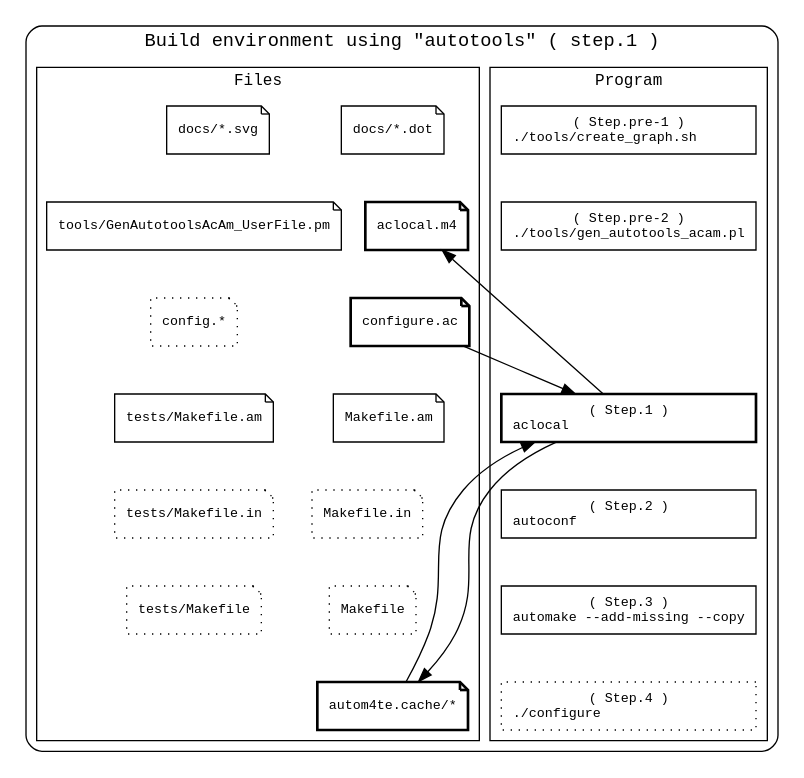
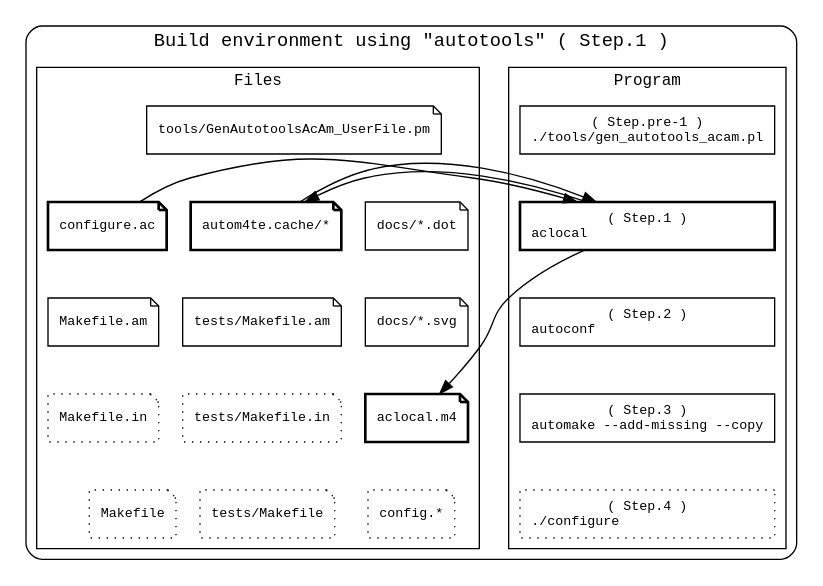
The diagram in docs/devel_step_1_1.dot (tomyama-code/tomyama_script_collection), drawn with Graphviz before and after one commit. The commit also changed 26 other files, not shown here.

```diff
--- a/docs/devel_step_1_1.dot
+++ b/docs/devel_step_1_1.dot
@@ -1,81 +1,86 @@
-// File: docs/devel_step_1_1.dot
+// File: docs/devel_step_0.dot
 // Author: tomyama
 // Purpose: Development workflow diagram
 
 digraph physical_directory_structure {
     newrank=true
     constraint=false
 
     // 全体に等幅フォントを適用
     //   ex) "monospace", "Courier", "Courier New", "Consolas", "Monaco"
     graph [fontname="monospace"]
     node  [fontname="monospace", fontsize=10, penwidth=1]
     edge  [fontname="monospace"]
 
     // 図全体を囲うクラスタ
     subgraph cluster_all {
 
-        label = "Build environment using \"autotools\" ( step.1 )"
+        label = "Build environment using \"autotools\" ( Step.1 )"
         style = "rounded"   // 角を丸くする
         color = "black"     // 枠線の色
         penwidth = 1        // 枠線の太さ
 
         // プログラム
         subgraph cluster_program {
             label = "Program"
             style = "solid"
             penwidth = 1        // 枠線の太さ
             fontsize=12
             {
                 edge [style=invis];
-                program01 -> program02 -> program99 -> program03 -> program04 -> program05 -> program06
+                program01 -> program02 -> program03 -> program04 -> program05
             }
-            program01 [shape=box, style=solid , label="( Step.pre-1 )\n./tools/create_graph.sh      "]
-            program02 [shape=box, style=solid , label="( Step.pre-2 )\n./tools/gen_autotools_acam.pl"]
-            program99 [shape=box, style=invis]
-            program03 [shape=box, style=solid , label="( Step.1 )\naclocal                      ", penwidth=2]
-            program04 [shape=box, style=solid , label="( Step.2 )\nautoconf                     "]
-            program05 [shape=box, style=solid , label="( Step.3 )\nautomake --add-missing --copy"]
-            program06 [shape=box, style=dotted, label="( Step.4 )\n./configure                  "]
+            program01 [shape=box, style=solid , label="( Step.pre-1 )\n./tools/gen_autotools_acam.pl"]
+            program02 [shape=box, style=solid , label="( Step.1 )\naclocal                      ", penwidth=2]
+            program03 [shape=box, style=solid , label="( Step.2 )\nautoconf                     "]
+            program04 [shape=box, style=solid , label="( Step.3 )\nautomake --add-missing --copy"]
+            program05 [shape=box, style=dotted, label="( Step.4 )\n./configure                  "]
         }
 
         // ファイル
         subgraph cluster_file {
             label = "Files"
             style = "solid"
             penwidth = 1        // 枠線の太さ
             fontsize=12
             {
                 edge [style=invis];
-                file01 -> file02 -> file03 -> file04 -> file05 -> file06 -> file07
-                file08 -> file09 -> file10 -> file11 -> file12 -> file13
-                file01 -> file08
+                file13 -> file01 -> file02 -> file03 -> file04
+                file13 -> file05 -> file06 -> file07 -> file08
+                file13 -> file09 -> file10 -> file11 -> file12
             }
+
+            file13 [shape=note, style=solid , label="tools/GenAutotoolsAcAm_UserFile.pm"]
             file01 [shape=note, style=solid , label="docs/*.dot"]
-            file02 [shape=note, style=solid , label="aclocal.m4", penwidth=2]
-            file03 [shape=note, style=solid , label="configure.ac", penwidth=2]
-            file04 [shape=note, style=solid , label="Makefile.am"]
-            file05 [shape=note, style=dotted, label="Makefile.in"]
-            file06 [shape=note, style=dotted, label="Makefile"]
-            file07 [shape=note, style=solid , label="autom4te.cache/*", penwidth=2]
-            file08 [shape=note, style=solid , label="docs/*.svg"]
-            file09 [shape=note, style=solid , label="tools/GenAutotoolsAcAm_UserFile.pm"]
-            file10 [shape=note, style=dotted, label="config.*"]
-            file11 [shape=note, style=solid , label="tests/Makefile.am"]
-            file12 [shape=note, style=dotted, label="tests/Makefile.in"]
-            file13 [shape=note, style=dotted, label="tests/Makefile"]
+            file02 [shape=note, style=solid , label="docs/*.svg"]
+            file03 [shape=note, style=solid , label="aclocal.m4", penwidth=2]
+            file04 [shape=note, style=dotted, label="config.*"]
+            file05 [shape=note, style=solid , label="configure.ac", penwidth=2]
+            file06 [shape=note, style=solid , label="Makefile.am"]
+            file07 [shape=note, style=dotted, label="Makefile.in"]
+            file08 [shape=note, style=dotted, label="Makefile"]
+            file09 [shape=note, style=solid , label="autom4te.cache/*", penwidth=2]
+            file10 [shape=note, style=solid , label="tests/Makefile.am"]
+            file11 [shape=note, style=dotted, label="tests/Makefile.in"]
+            file12 [shape=note, style=dotted, label="tests/Makefile"]
         }
 
-        {rank=same; program01; file01; file08}
-        {rank=same; program02; file02; file09}
-        {rank=same; program99; file03; file10}
-        {rank=same; program03; file04; file11}
-        {rank=same; program04; file05; file12}
-        {rank=same; program05; file06; file13}
+        {
+            edge [style=invis];
+            file13 -> program01
+            file01 -> file05 -> file09 -> program02
+            file02 -> file06 -> file10 -> program03
+            file03 -> file07 -> file11 -> program04
+            file04 -> file08 -> file12 -> program05
+        }
+        {rank=same; program01; file13}
+        {rank=same; program02; file01; file05; file09}
+        {rank=same; program03; file02; file06; file10}
+        {rank=same; program04; file03; file07; file11}
+        {rank=same; program05; file04; file08; file12}
 
         // スクリプトとドキュメントの関係
-        file03 -> program03 -> file02
-        program03 -> file07
-        file07 -> program03
+        file05 -> program02 -> file03
+        file09 -> program02 -> file09
     }
 }
```
